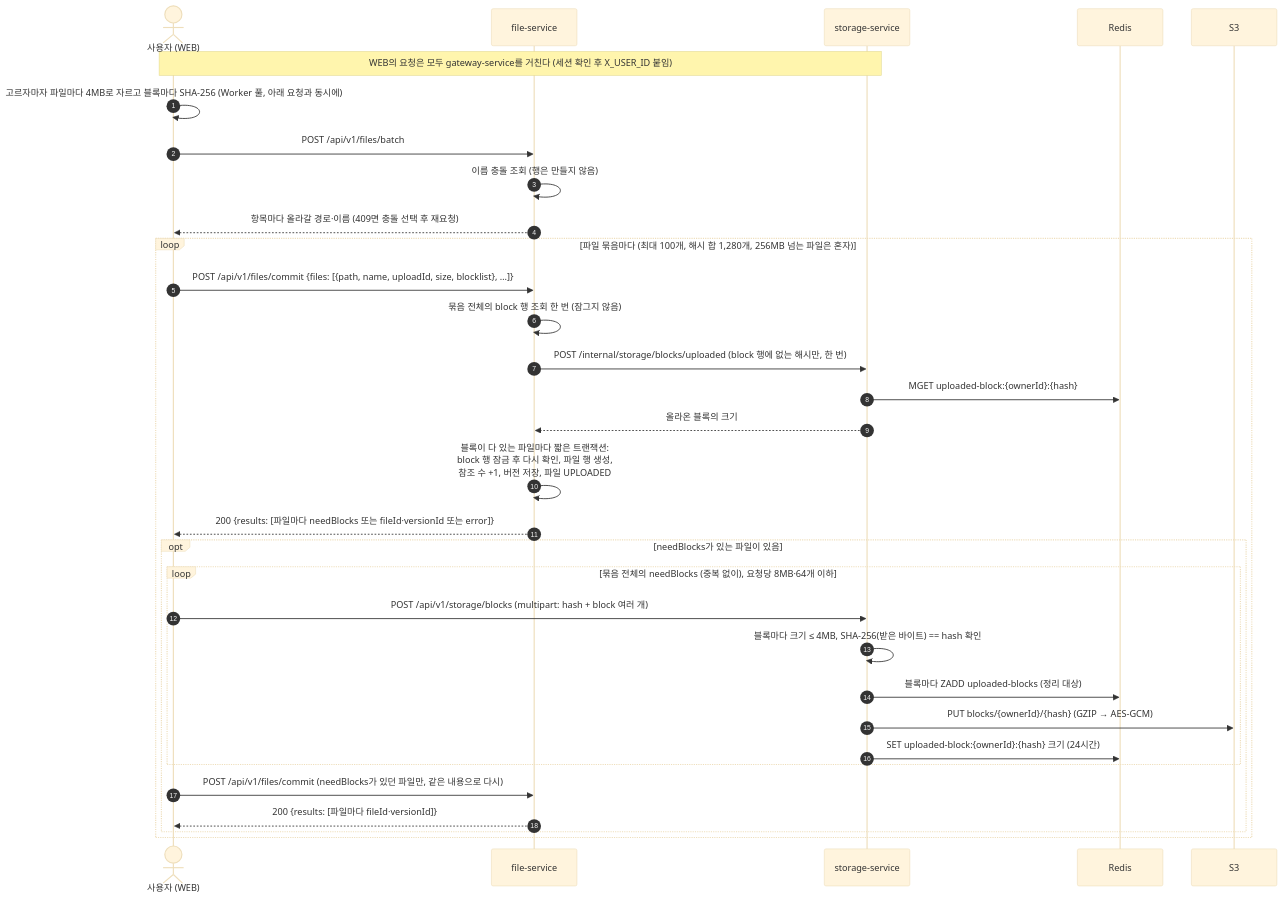
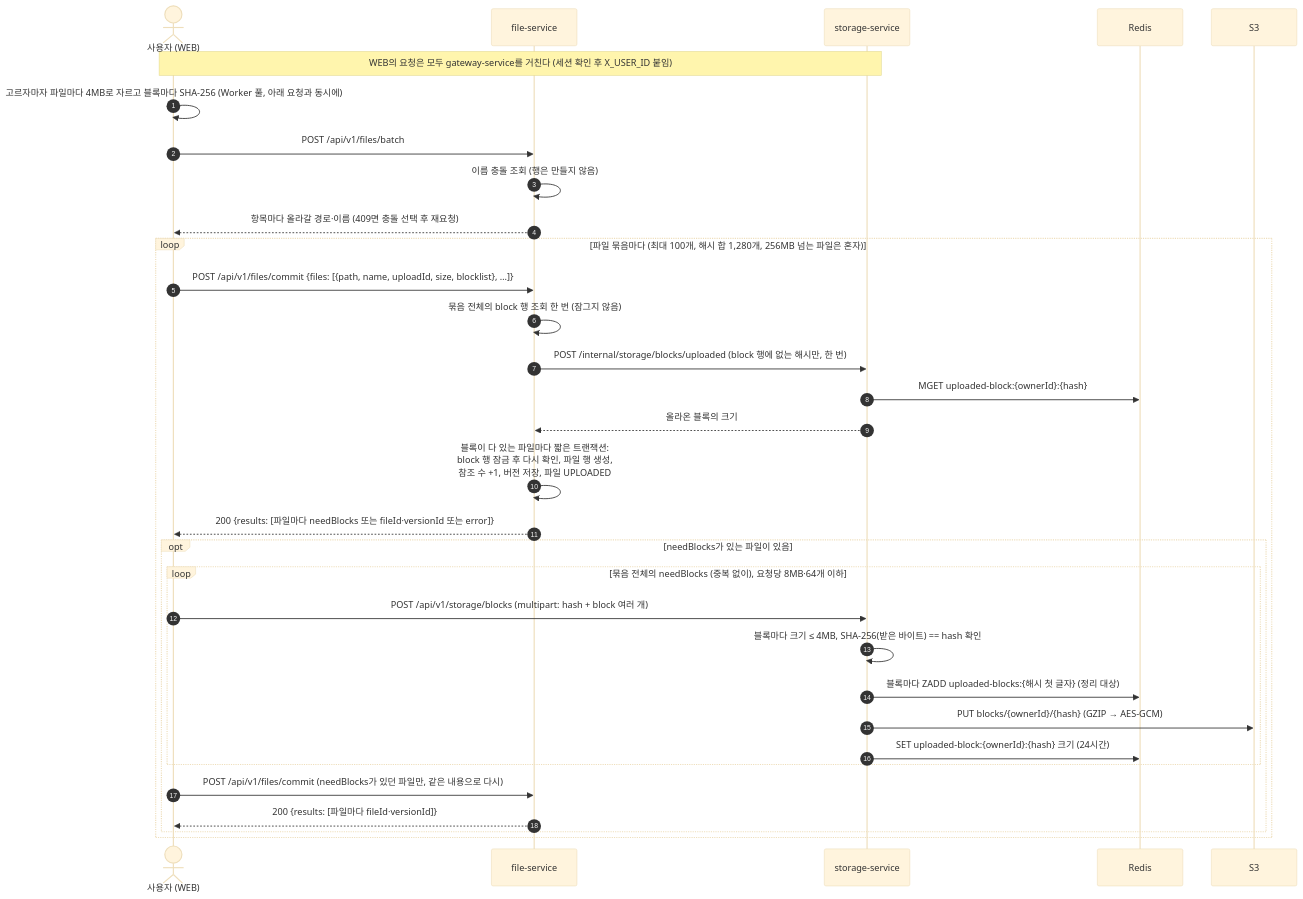
The first of 3 diagrams in .docs/spec/001-file-upload-spec.md (rivertw777/ModuDrive-API), drawn with Mermaid (base theme) before and after one commit. The commit also changed other lines of this file and 7 other files, not shown here.

First line of the commit message:
refactor(storage): shard uploaded-blocks sweep index

````diff
--- a/.docs/spec/001-file-upload-spec.md
+++ b/.docs/spec/001-file-upload-spec.md
@@ -41,37 +41,37 @@
 ```mermaid
 sequenceDiagram
     autonumber
     actor U as 사용자 (WEB)
     participant F as file-service
     participant S as storage-service
     participant R as Redis
     participant S3 as S3
 
     Note over U,S: WEB의 요청은 모두 gateway-service를 거친다 (세션 확인 후 X_USER_ID 붙임)
     U->>U: 고르자마자 파일마다 4MB로 자르고 블록마다 SHA-256 (Worker 풀, 아래 요청과 동시에)
     U->>F: POST /api/v1/files/batch
     F->>F: 이름 충돌 조회 (행은 만들지 않음)
     F-->>U: 항목마다 올라갈 경로·이름 (409면 충돌 선택 후 재요청)
 
     loop 파일 묶음마다 (최대 100개, 해시 합 1,280개, 256MB 넘는 파일은 혼자)
         U->>F: POST /api/v1/files/commit {files: [{path, name, uploadId, size, blocklist}, …]}
         F->>F: 묶음 전체의 block 행 조회 한 번 (잠그지 않음)
         F->>S: POST /internal/storage/blocks/uploaded (block 행에 없는 해시만, 한 번)
         S->>R: MGET uploaded-block:{ownerId}:{hash}
         S-->>F: 올라온 블록의 크기
         F->>F: 블록이 다 있는 파일마다 짧은 트랜잭션:<br/>block 행 잠금 후 다시 확인, 파일 행 생성,<br/>참조 수 +1, 버전 저장, 파일 UPLOADED
         F-->>U: 200 {results: [파일마다 needBlocks 또는 fileId·versionId 또는 error]}
 
         opt needBlocks가 있는 파일이 있음
             loop 묶음 전체의 needBlocks (중복 없이), 요청당 8MB·64개 이하
                 U->>S: POST /api/v1/storage/blocks (multipart: hash + block 여러 개)
                 S->>S: 블록마다 크기 ≤ 4MB, SHA-256(받은 바이트) == hash 확인
-                S->>R: 블록마다 ZADD uploaded-blocks (정리 대상)
+                S->>R: 블록마다 ZADD uploaded-blocks:{해시 첫 글자} (정리 대상)
                 S->>S3: PUT blocks/{ownerId}/{hash} (GZIP → AES-GCM)
                 S->>R: SET uploaded-block:{ownerId}:{hash} 크기 (24시간)
             end
             U->>F: POST /api/v1/files/commit (needBlocks가 있던 파일만, 같은 내용으로 다시)
             F-->>U: 200 {results: [파일마다 fileId·versionId]}
         end
     end
 ```
````
